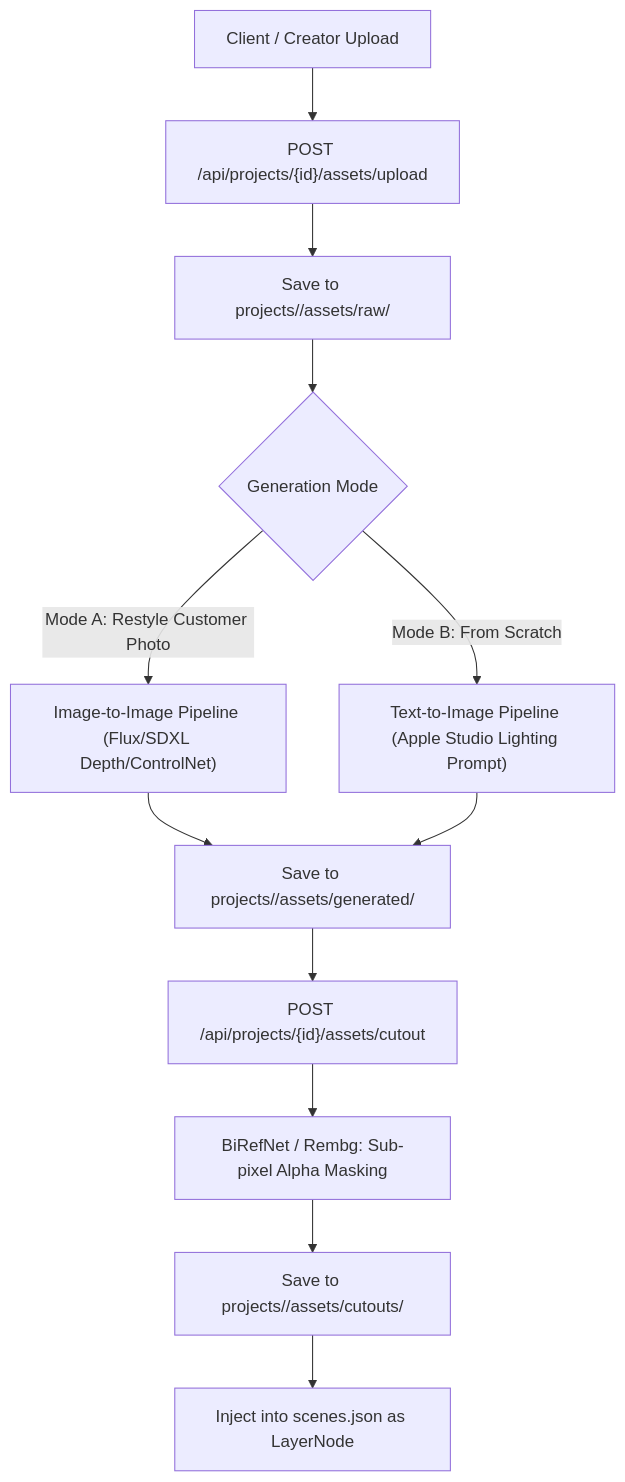
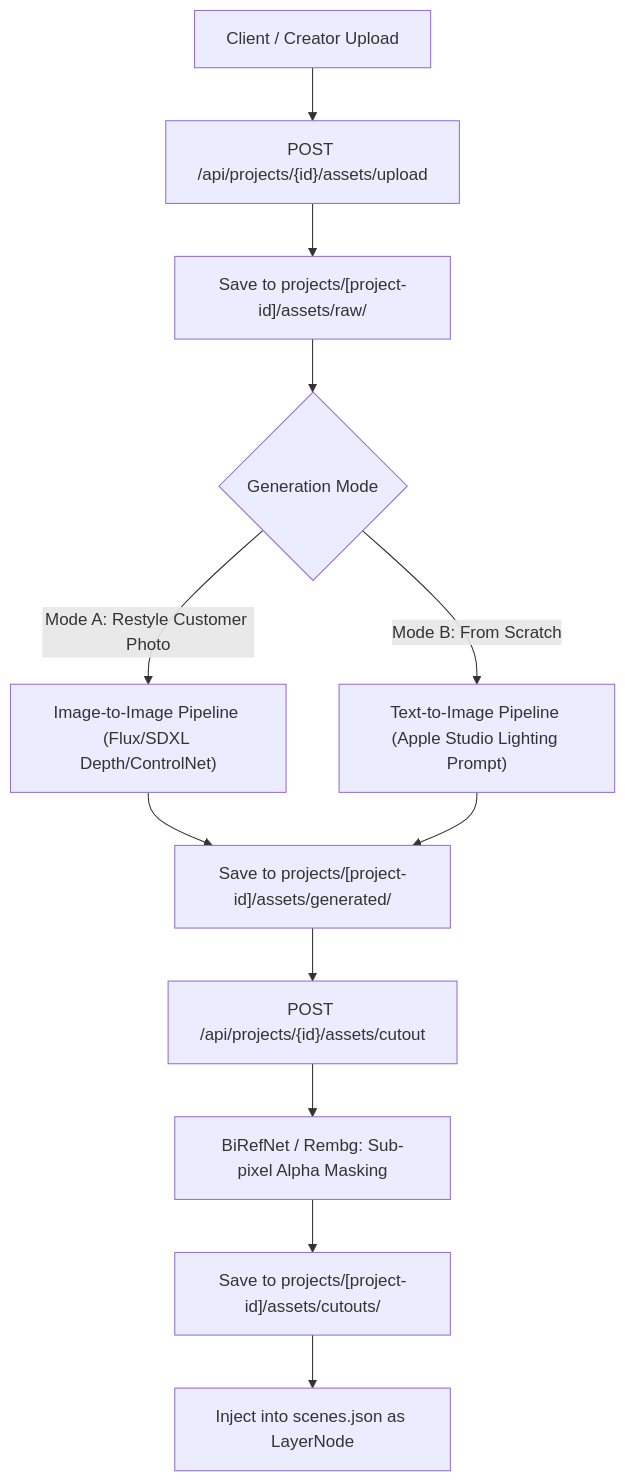
The second of 2 diagrams in apps/server/ARCHITECTURE.md (hoanglong2206/Video-Tool), drawn with Mermaid before and after one commit. The commit also changed other lines of this file and 8 other files, not shown here.

First line of the commit message:
fix(docs): fix Mermaid diagram syntax errors and unescaped tags

````diff
--- a/apps/server/ARCHITECTURE.md
+++ b/apps/server/ARCHITECTURE.md
@@ -124,16 +124,16 @@
 ```mermaid
 flowchart TD
     Client["Client / Creator Upload"] --> Upload["POST /api/projects/{id}/assets/upload"]
-    Upload --> SaveRaw["Save to projects/<id>/assets/raw/<filename>"]
+    Upload --> SaveRaw["Save to projects/[project-id]/assets/raw/"]
     
     SaveRaw --> ModeSelect{"Generation Mode"}
     
     ModeSelect -- "Mode A: Restyle Customer Photo" --> Img2Img["Image-to-Image Pipeline (Flux/SDXL Depth/ControlNet)"]
     ModeSelect -- "Mode B: From Scratch" --> Txt2Img["Text-to-Image Pipeline (Apple Studio Lighting Prompt)"]
     
-    Img2Img & Txt2Img --> GenOutput["Save to projects/<id>/assets/generated/"]
+    Img2Img & Txt2Img --> GenOutput["Save to projects/[project-id]/assets/generated/"]
     GenOutput --> Cutout["POST /api/projects/{id}/assets/cutout"]
     Cutout --> AlphaCut["BiRefNet / Rembg: Sub-pixel Alpha Masking"]
-    AlphaCut --> SaveCutout["Save to projects/<id>/assets/cutouts/"]
+    AlphaCut --> SaveCutout["Save to projects/[project-id]/assets/cutouts/"]
     SaveCutout --> UpdateDSL["Inject into scenes.json as LayerNode"]
 ```
````
